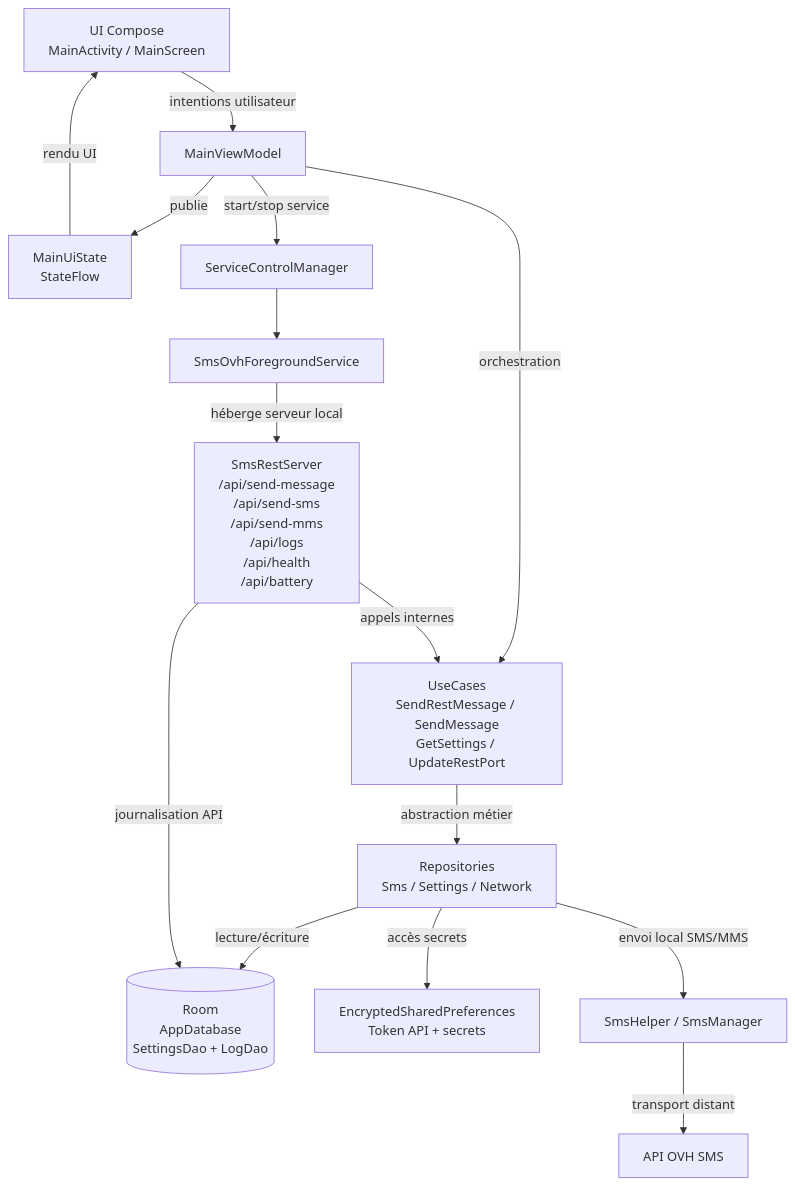
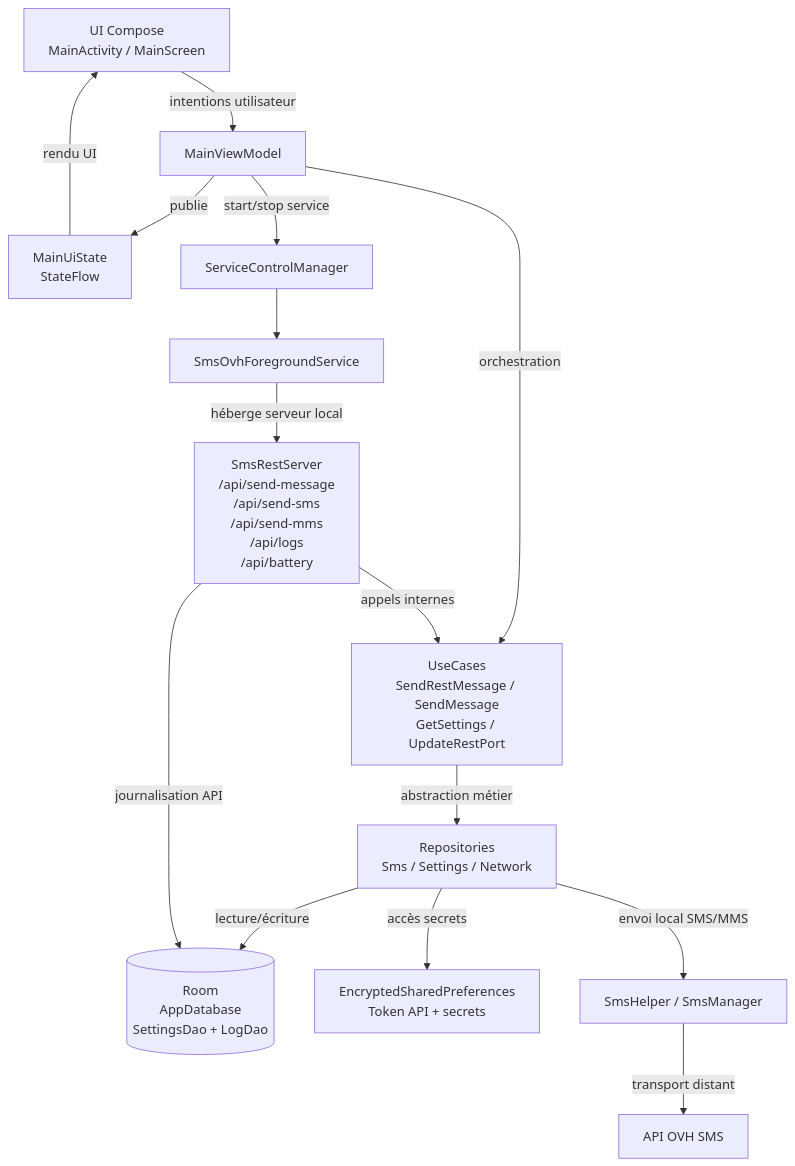
One commit to nemo2506/SMS-OVH changed the diagram in README.md. Above: the diagram before and after it, drawn with Mermaid. The commit also changed other lines of this file, not shown here.

Commit message:
Update README endpoints documentation

````diff
--- a/README.md
+++ b/README.md
@@ -37,32 +37,32 @@
 ```mermaid
 flowchart TD
     UI[UI Compose\nMainActivity / MainScreen]
     STATE[MainUiState\nStateFlow]
     VM[MainViewModel]
     UC[UseCases\nSendRestMessage / SendMessage\nGetSettings / UpdateRestPort]
     REPO[Repositories\nSms / Settings / Network]
     ROOM[(Room\nAppDatabase\nSettingsDao + LogDao)]
     SEC[EncryptedSharedPreferences\nToken API + secrets]
     CTRL[ServiceControlManager]
     FG[SmsOvhForegroundService]
-    REST[SmsRestServer\n/api/send-message\n/api/send-sms\n/api/send-mms\n/api/logs\n/api/health\n/api/battery]
+    REST[SmsRestServer\n/api/send-message\n/api/send-sms\n/api/send-mms\n/api/logs\n/api/battery]
     SMS[SmsHelper / SmsManager]
     OVH[API OVH SMS]
 
     UI -->|intentions utilisateur| VM
     VM -->|publie| STATE
     STATE -->|rendu UI| UI
 
     VM -->|orchestration| UC
     UC -->|abstraction métier| REPO
     REPO -->|lecture/écriture| ROOM
     REPO -->|accès secrets| SEC
     REPO -->|envoi local SMS/MMS| SMS
     SMS -->|transport distant| OVH
 
     VM -->|start/stop service| CTRL
     CTRL --> FG
     FG -->|héberge serveur local| REST
     REST -->|appels internes| UC
     REST -->|journalisation API| ROOM
 ```
````
